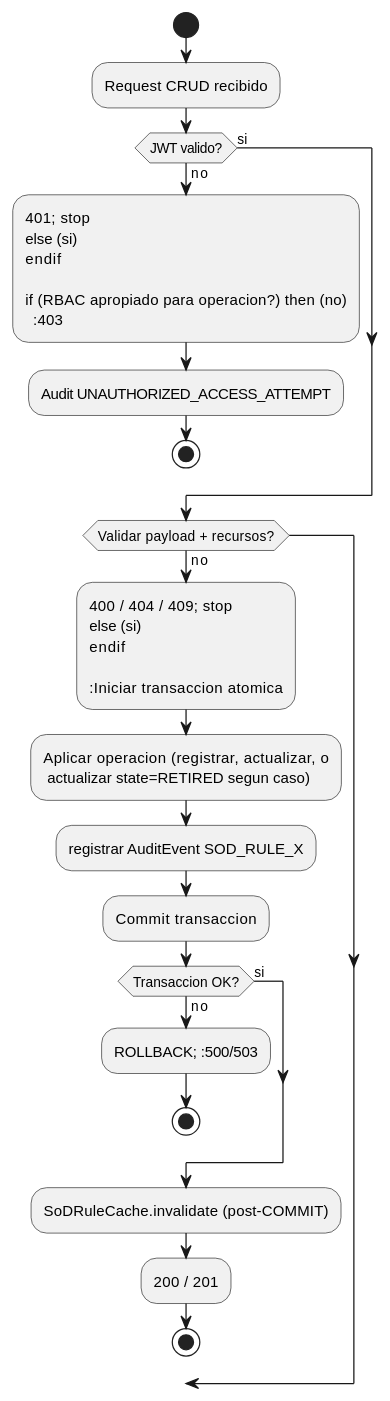
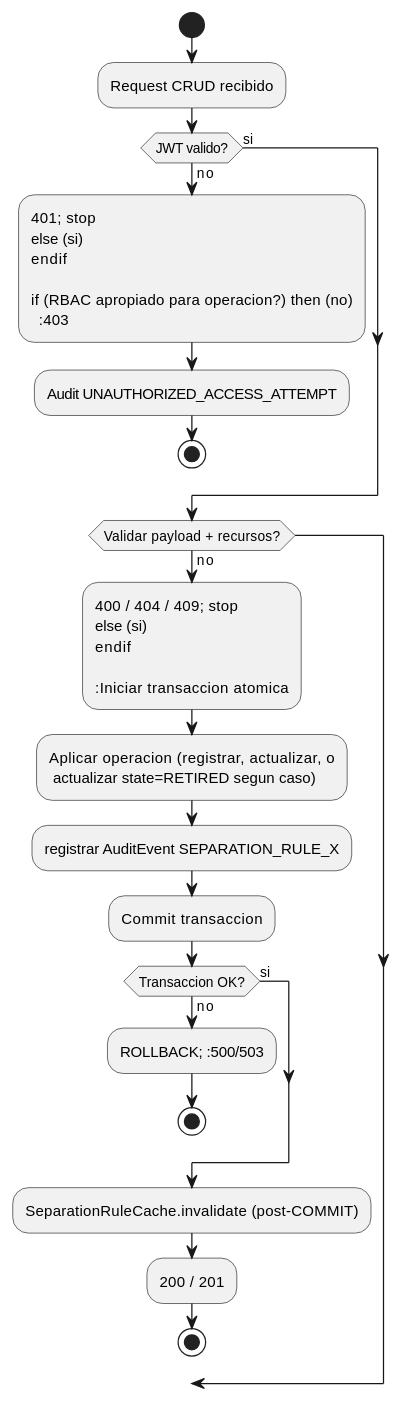
One commit to jcg-admin/IACT-docs changed the diagram in source/requisitos/casos-uso/access/uc-acc-05/diagramas-uml/diagrama-de-actividad-crud-comun.rst. Above: the diagram before and after it, drawn with PlantUML. The commit also changed 148 other files, not shown here.

```diff
--- a/source/requisitos/casos-uso/access/uc-acc-05/diagramas-uml/diagrama-de-actividad-crud-comun.rst
+++ b/source/requisitos/casos-uso/access/uc-acc-05/diagramas-uml/diagrama-de-actividad-crud-comun.rst
@@ -4,44 +4,44 @@
 .. uml::
  :caption: UC_ACC_05 — actividad de operacion CRUD generica
 
  @startuml
 
  start
 
  :Request CRUD recibido;
 
  if (JWT valido?) then (no)
    :401; stop
  else (si)
  endif
 
  if (RBAC apropiado para operacion?) then (no)
    :403;
    :Audit UNAUTHORIZED_ACCESS_ATTEMPT;
    stop
  else (si)
  endif
 
  if (Validar payload + recursos?) then (no)
    :400 / 404 / 409; stop
  else (si)
  endif
 
  :Iniciar transaccion atomica;
  :Aplicar operacion (registrar, actualizar, o
   actualizar state=RETIRED segun caso);
- :registrar AuditEvent SOD_RULE_X;
+ :registrar AuditEvent SEPARATION_RULE_X;
  :Commit transaccion;
 
  if (Transaccion OK?) then (no)
    :ROLLBACK; :500/503;
    stop
  else (si)
  endif
 
- :SoDRuleCache.invalidate (post-COMMIT);
+ :SeparationRuleCache.invalidate (post-COMMIT);
  :200 / 201;
 
  stop
 
  @enduml
```
